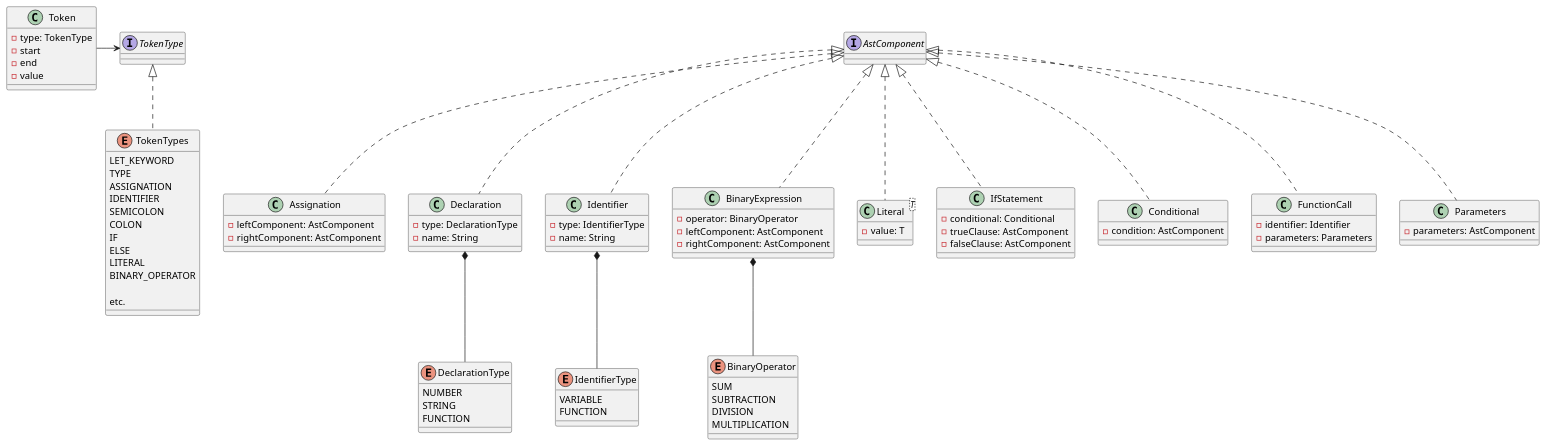
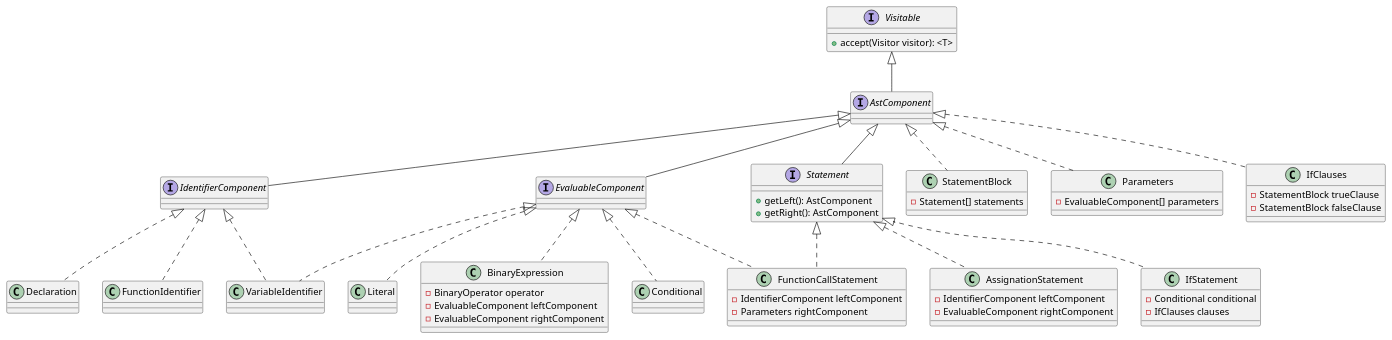
One commit to Al-Fajor/printscript changed the diagram in diagrams/models.puml. Above: the diagram before and after it, drawn with PlantUML. The commit also changed 28 other files, not shown here.

```diff
--- a/diagrams/models.puml
+++ b/diagrams/models.puml
@@ -1,175 +1,240 @@
 @startuml
-'interface Lexer {
-'+ lex(char[]): List<Token>
+''interface Lexer {
+''+ lex(char[]): List<Token>
+''}
+''interface Parser
+''interface Interpreter {
+''}
+'
+''class Runner
+'
+''class Token {
+''TokenType type
+''Integer start
+''Integer end
+''String value
+''}
+'
+''interface Token {
+''getStart(): Integer
+''getEnd(): Integer
+''getValue(): String
+''}
+''
+''class StringToken implements Token {
+''
+''}
+''
+''class NumberToken implements Token {
+''
+''}
+'
+'class Token {
+'- type: TokenType
+'- start
+'- end
+'- value
 '}
-'interface Parser
-'interface Interpreter {
+'interface TokenType {
 '}
+'enum TokenTypes implements TokenType {
+'LET_KEYWORD
+'TYPE
+'ASSIGNATION
+'IDENTIFIER
+'SEMICOLON
+'COLON
+'IF
+'ELSE
+'LITERAL
+'BINARY_OPERATOR
+'
+'etc.
+'}
+'Token -> TokenType
+'
+''class Ast {
+''    AstType type
+''    List<Ast> children
+''}
+''
+''Ast --> AstType
+''
+''interface AstType {
+''
+''}
+'
+''enum AstTypes implements AstType {
+''    DECLARATION
+''    ASSIGNATION
+''    LITERAL
+''    VALUE
+''    STRING_TYPE
+''    NUMBER_TYPE
+''    IDENTIFIER
+''    IF_STATEMENT
+''    BINARY_EXPRESSION
+''    BLOCK_STATEMENT
+''
+''}
+'
+''Ast *-> Ast
+'
+''Runner --> Lexer
+''Runner --> Parser
+''Runner --> Interpreter
+'
+''Ast *-> Token
+''
+''Lexer --> Token
+''Parser --> Token
+''Parser --> Ast
+''Interpreter --> Ast
+'
+''interface AstComponent {
+''
+''}
+''
+''class Literal implements AstComponent
+''class Identifier implements AstComponent
+''
+''class Declaration implements AstComponent, Composite {
+''- children: List<AstComponent>
+''}
+''class IfStatement implements AstComponent, Composite {
+''- children: List<AstComponent>
+''}
+''class Assignation implements AstComponent, Composite {
+''- children: List<AstComponent>
+''}
+''
+''interface Composite {
+''+ getChildren(): List<AstComponent>
+''}
+''
+''enum PlainAstComponent implements AstComponent {
+''    STRING_TYPE
+''    NUMBER_TYPE
+''}
+'enum DeclarationType {
+'    NUMBER
+'    STRING
+'    FUNCTION
+'}
+'enum IdentifierType {
+'    VARIABLE
+'    FUNCTION
+'}
+'enum BinaryOperator {
+'    SUM
+'    SUBTRACTION
+'    DIVISION
+'    MULTIPLICATION
+'}
+'interface AstComponent
+'class Assignation implements AstComponent {
+'    -leftComponent: AstComponent
+'    -rightComponent: AstComponent
+'}
+'class Declaration implements AstComponent {
+'    -type: DeclarationType
+'    -name: String
+'}
+'class Identifier implements AstComponent {
+'    -type: IdentifierType
+'    -name: String
+'}
+'class BinaryExpression implements AstComponent {
+'    -operator: BinaryOperator
+'    -leftComponent: AstComponent
+'    -rightComponent: AstComponent
+'}
+'class Literal<T> implements AstComponent {
+'    -value: T
+'}
+'class IfStatement implements AstComponent {
+'    -conditional: Conditional
+'    -trueClause: AstComponent
+'    -falseClause: AstComponent
+'}
+'class Conditional implements AstComponent {
+'    -condition: AstComponent
+'}
+'class FunctionCall implements AstComponent {
+'    -identifier: Identifier
+'    -parameters: Parameters
+'}
+'class Parameters implements AstComponent {
+'    -parameters: AstComponent
+'}
+'Declaration *-- DeclarationType
+'Identifier *-- IdentifierType
+'BinaryExpression *-- BinaryOperator
 
-'class Runner
+interface Visitable {
+    +accept(Visitor visitor): <T>
+}
 
-'class Token {
-'TokenType type
-'Integer start
-'Integer end
-'String value
-'}
+'function func(params) {}
+'let func = (params) => {}
 
-'interface Token {
-'getStart(): Integer
-'getEnd(): Integer
-'getValue(): String
-'}
-'
-'class StringToken implements Token {
-'
-'}
-'
-'class NumberToken implements Token {
-'
-'}
+interface AstComponent extends Visitable
 
-class Token {
-- type: TokenType
-- start
-- end
-- value
+interface EvaluableComponent extends AstComponent
+
+interface IdentifierComponent extends AstComponent
+
+class Declaration implements IdentifierComponent
+
+class VariableIdentifier implements IdentifierComponent, EvaluableComponent
+
+class FunctionIdentifier implements IdentifierComponent
+
+class Literal implements EvaluableComponent
+
+class BinaryExpression implements EvaluableComponent {
+    -BinaryOperator operator
+    -EvaluableComponent leftComponent
+    -EvaluableComponent rightComponent
 }
-interface TokenType {
+
+class Conditional implements EvaluableComponent
+
+class StatementBlock implements AstComponent {
+    -Statement[] statements
 }
-enum TokenTypes implements TokenType {
-LET_KEYWORD
-TYPE
-ASSIGNATION
-IDENTIFIER
-SEMICOLON
-COLON
-IF
-ELSE
-LITERAL
-BINARY_OPERATOR
 
-etc.
+class Parameters implements AstComponent {
+    -EvaluableComponent[] parameters
 }
-Token -> TokenType
 
-'class Ast {
-'    AstType type
-'    List<Ast> children
-'}
-'
-'Ast --> AstType
-'
-'interface AstType {
-'
-'}
+class IfClauses implements AstComponent {
+    -StatementBlock trueClause
+    -StatementBlock falseClause
+}
 
-'enum AstTypes implements AstType {
-'    DECLARATION
-'    ASSIGNATION
-'    LITERAL
-'    VALUE
-'    STRING_TYPE
-'    NUMBER_TYPE
-'    IDENTIFIER
-'    IF_STATEMENT
-'    BINARY_EXPRESSION
-'    BLOCK_STATEMENT
-'
-'}
+interface Statement extends AstComponent {
+    +getLeft(): AstComponent
+    +getRight(): AstComponent
+}
 
-'Ast *-> Ast
+'Ejemplo Interpreter:
+'Declaration: al visitarlo, se crea la variable y se devuelve el nombre
+'Identifier: al visitarlo, solo devuelve el nombre
+class AssignationStatement implements Statement {
+    -IdentifierComponent leftComponent
+    -EvaluableComponent rightComponent
+}
 
-'Runner --> Lexer
-'Runner --> Parser
-'Runner --> Interpreter
+class FunctionCallStatement implements Statement, EvaluableComponent {
+    -IdentifierComponent leftComponent
+    -Parameters rightComponent
+}
 
-'Ast *-> Token
-'
-'Lexer --> Token
-'Parser --> Token
-'Parser --> Ast
-'Interpreter --> Ast
-
-'interface AstComponent {
-'
-'}
-'
-'class Literal implements AstComponent
-'class Identifier implements AstComponent
-'
-'class Declaration implements AstComponent, Composite {
-'- children: List<AstComponent>
-'}
-'class IfStatement implements AstComponent, Composite {
-'- children: List<AstComponent>
-'}
-'class Assignation implements AstComponent, Composite {
-'- children: List<AstComponent>
-'}
-'
-'interface Composite {
-'+ getChildren(): List<AstComponent>
-'}
-'
-'enum PlainAstComponent implements AstComponent {
-'    STRING_TYPE
-'    NUMBER_TYPE
-'}
-enum DeclarationType {
-    NUMBER
-    STRING
-    FUNCTION
+class IfStatement implements Statement {
+    -Conditional conditional
+    -IfClauses clauses
 }
-enum IdentifierType {
-    VARIABLE
-    FUNCTION
-}
-enum BinaryOperator {
-    SUM
-    SUBTRACTION
-    DIVISION
-    MULTIPLICATION
-}
-interface AstComponent
-class Assignation implements AstComponent {
-    -leftComponent: AstComponent
-    -rightComponent: AstComponent
-}
-class Declaration implements AstComponent {
-    -type: DeclarationType
-    -name: String
-}
-class Identifier implements AstComponent {
-    -type: IdentifierType
-    -name: String
-}
-class BinaryExpression implements AstComponent {
-    -operator: BinaryOperator
-    -leftComponent: AstComponent
-    -rightComponent: AstComponent
-}
-class Literal<T> implements AstComponent {
-    -value: T
-}
-class IfStatement implements AstComponent {
-    -conditional: Conditional
-    -trueClause: AstComponent
-    -falseClause: AstComponent
-}
-class Conditional implements AstComponent {
-    -condition: AstComponent
-}
-class FunctionCall implements AstComponent {
-    -identifier: Identifier
-    -parameters: Parameters
-}
-class Parameters implements AstComponent {
-    -parameters: AstComponent
-}
-Declaration *-- DeclarationType
-Identifier *-- IdentifierType
-BinaryExpression *-- BinaryOperator
 
 
 @enduml
```
